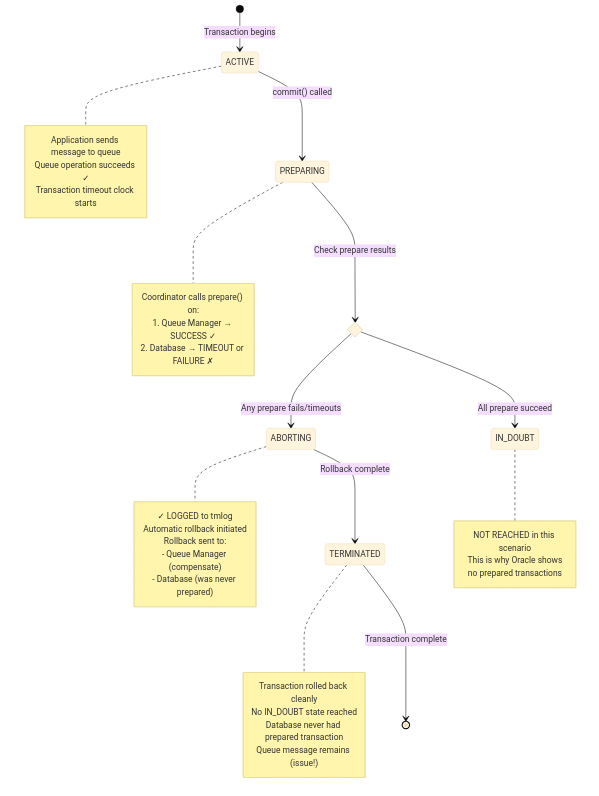
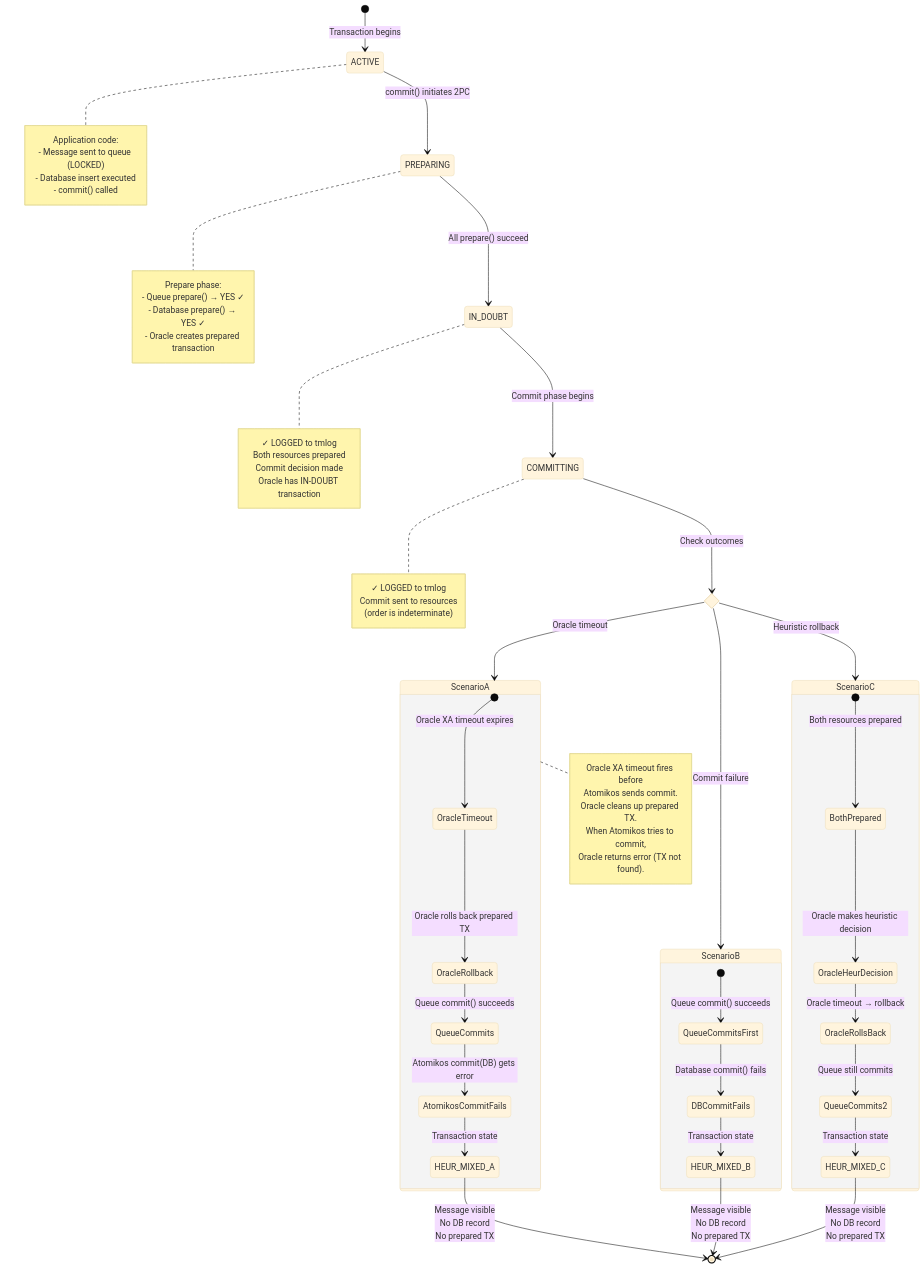
One commit to rrobetti/atomikos-transactions-essentials changed the third of 3 diagrams in ATOMIKOS_TMLOG_RESEARCH.md. Above: the diagram before and after it, drawn with Mermaid (base theme). The commit also changed other lines of this file, not shown here.

Commit message:
Fix Scenario 3: Correct analysis of queue visible but DB failed case

````diff
--- a/ATOMIKOS_TMLOG_RESEARCH.md
+++ b/ATOMIKOS_TMLOG_RESEARCH.md
@@ -429,49 +460,78 @@
 ```mermaid
 stateDiagram-v2
     [*] --> ACTIVE: Transaction begins
     
     note right of ACTIVE
-        Application sends message to queue
-        Queue operation succeeds ✓
-        Transaction timeout clock starts
+        Application code:
+        - Message sent to queue (LOCKED)
+        - Database insert executed
+        - commit() called
     end note
     
-    ACTIVE --> PREPARING: commit() called
+    ACTIVE --> PREPARING: commit() initiates 2PC
     
     note right of PREPARING
-        Coordinator calls prepare() on:
-        1. Queue Manager → SUCCESS ✓
-        2. Database → TIMEOUT or FAILURE ✗
+        Prepare phase:
+        - Queue prepare() → YES ✓
+        - Database prepare() → YES ✓
+        - Oracle creates prepared transaction
     end note
     
-    state prepare_result <<choice>>
-    PREPARING --> prepare_result: Check prepare results
+    PREPARING --> IN_DOUBT: All prepare() succeed
     
-    prepare_result --> ABORTING: Any prepare fails/timeouts
-    prepare_result --> IN_DOUBT: All prepare succeed
-    
-    note right of ABORTING
+    note right of IN_DOUBT
         ✓ LOGGED to tmlog
-        Automatic rollback initiated
-        Rollback sent to:
-        - Queue Manager (compensate)
-        - Database (was never prepared)
+        Both resources prepared
+        Commit decision made
+        Oracle has IN-DOUBT transaction
     end note
     
-    ABORTING --> TERMINATED: Rollback complete
+    IN_DOUBT --> COMMITTING: Commit phase begins
     
-    note right of TERMINATED
-        Transaction rolled back cleanly
-        No IN_DOUBT state reached
-        Database never had prepared transaction
-        Queue message remains (issue!)
+    note right of COMMITTING
+        ✓ LOGGED to tmlog
+        Commit sent to resources
+        (order is indeterminate)
     end note
     
-    TERMINATED --> [*]: Transaction complete
+    state commit_scenario <<choice>>
+    COMMITTING --> commit_scenario: Check outcomes
     
-    note right of IN_DOUBT
-        NOT REACHED in this scenario
-        This is why Oracle shows
-        no prepared transactions
+    commit_scenario --> ScenarioA: Oracle timeout
+    commit_scenario --> ScenarioB: Commit failure
+    commit_scenario --> ScenarioC: Heuristic rollback
+    
+    state ScenarioA {
+        [*] --> OracleTimeout: Oracle XA timeout expires
+        OracleTimeout --> OracleRollback: Oracle rolls back prepared TX
+        OracleRollback --> QueueCommits: Queue commit() succeeds
+        QueueCommits --> AtomikosCommitFails: Atomikos commit(DB) gets error
+        AtomikosCommitFails --> HEUR_MIXED_A: Transaction state
+    }
+    
+    state ScenarioB {
+        [*] --> QueueCommitsFirst: Queue commit() succeeds
+        QueueCommitsFirst --> DBCommitFails: Database commit() fails
+        DBCommitFails --> HEUR_MIXED_B: Transaction state
+    }
+    
+    state ScenarioC {
+        [*] --> BothPrepared: Both resources prepared
+        BothPrepared --> OracleHeurDecision: Oracle makes heuristic decision
+        OracleHeurDecision --> OracleRollsBack: Oracle timeout → rollback
+        OracleRollsBack --> QueueCommits2: Queue still commits
+        QueueCommits2 --> HEUR_MIXED_C: Transaction state
+    }
+    
+    HEUR_MIXED_A --> [*]: Message visible<br/>No DB record<br/>No prepared TX
+    HEUR_MIXED_B --> [*]: Message visible<br/>No DB record<br/>No prepared TX
+    HEUR_MIXED_C --> [*]: Message visible<br/>No DB record<br/>No prepared TX
+    
+    note right of ScenarioA
+        Oracle XA timeout fires before
+        Atomikos sends commit.
+        Oracle cleans up prepared TX.
+        When Atomikos tries to commit,
+        Oracle returns error (TX not found).
     end note
 ```
````
